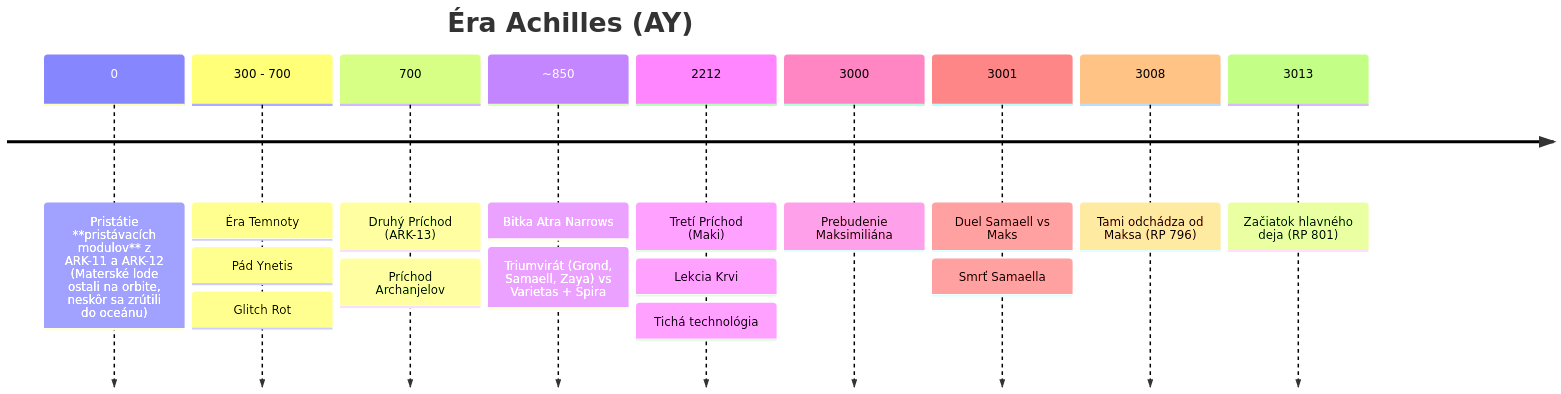
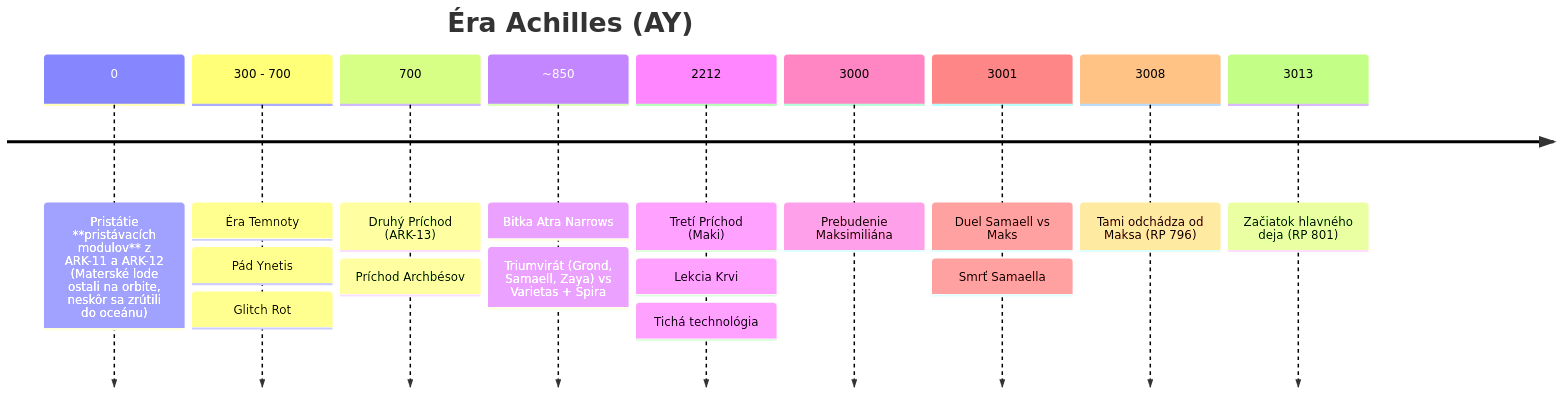
The second of 2 diagrams in World-Bible/01-timeline.md (BranLang/null-void), drawn with Mermaid before and after one commit. The commit also changed other lines of this file and 63 other files, not shown here.

````diff
--- a/World-Bible/01-timeline.md
+++ b/World-Bible/01-timeline.md
@@ -23,13 +23,13 @@
 ```mermaid
 timeline
     title Éra Achilles (AY)
     0 : Pristátie **pristávacích modulov** z ARK-11 a ARK-12 (Materské lode ostali na orbite, neskôr sa zrútili do oceánu)
     300 - 700 : Éra Temnoty : Pád Ynetis : Glitch Rot
-    700 : Druhý Príchod (ARK-13) : Príchod Archanjelov
+    700 : Druhý Príchod (ARK-13) : Príchod Archbésov
     ~850 : Bitka Atra Narrows : Triumvirát (Grond, Samaell, Zaya) vs Varietas + Spira
     2212 : Tretí Príchod (Maki) : Lekcia Krvi : Tichá technológia
     3000 : Prebudenie Maksimiliána
     3001 : Duel Samaell vs Maks : Smrť Samaella
     3008 : Tami odchádza od Maksa (RP 796)
     3013 : Začiatok hlavného deja (RP 801)
 ```
````
